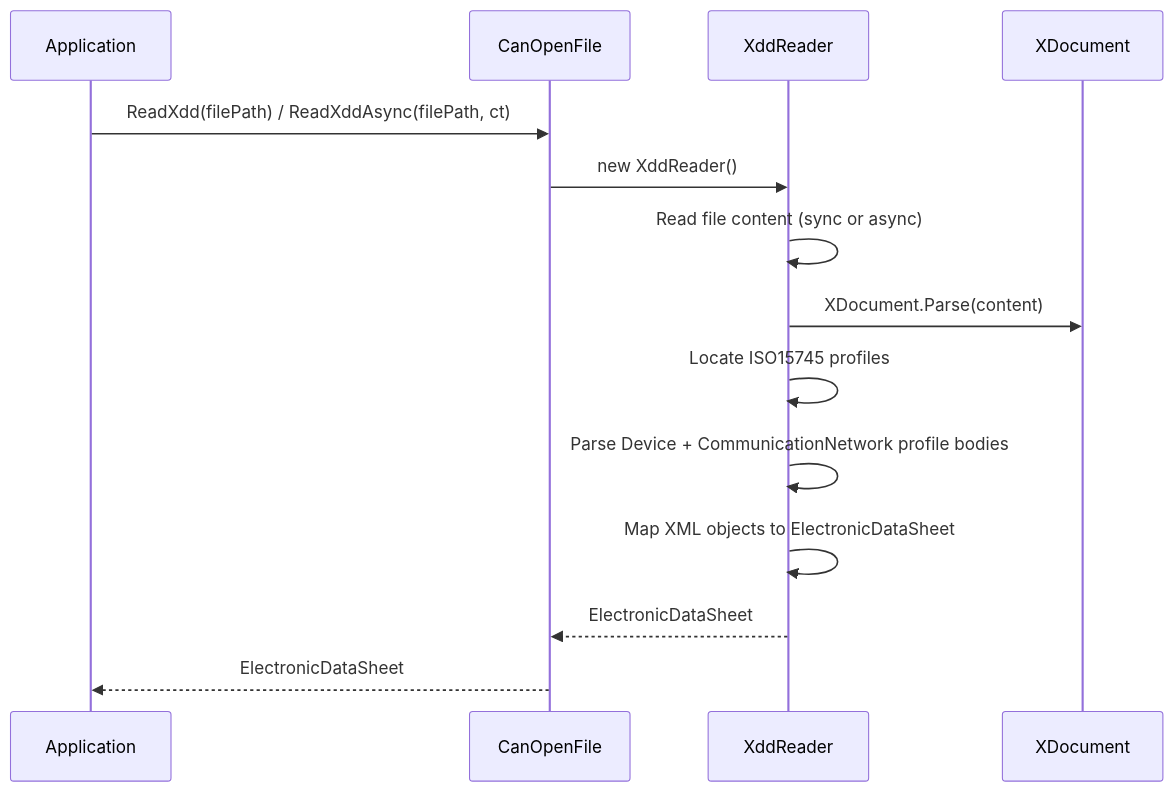
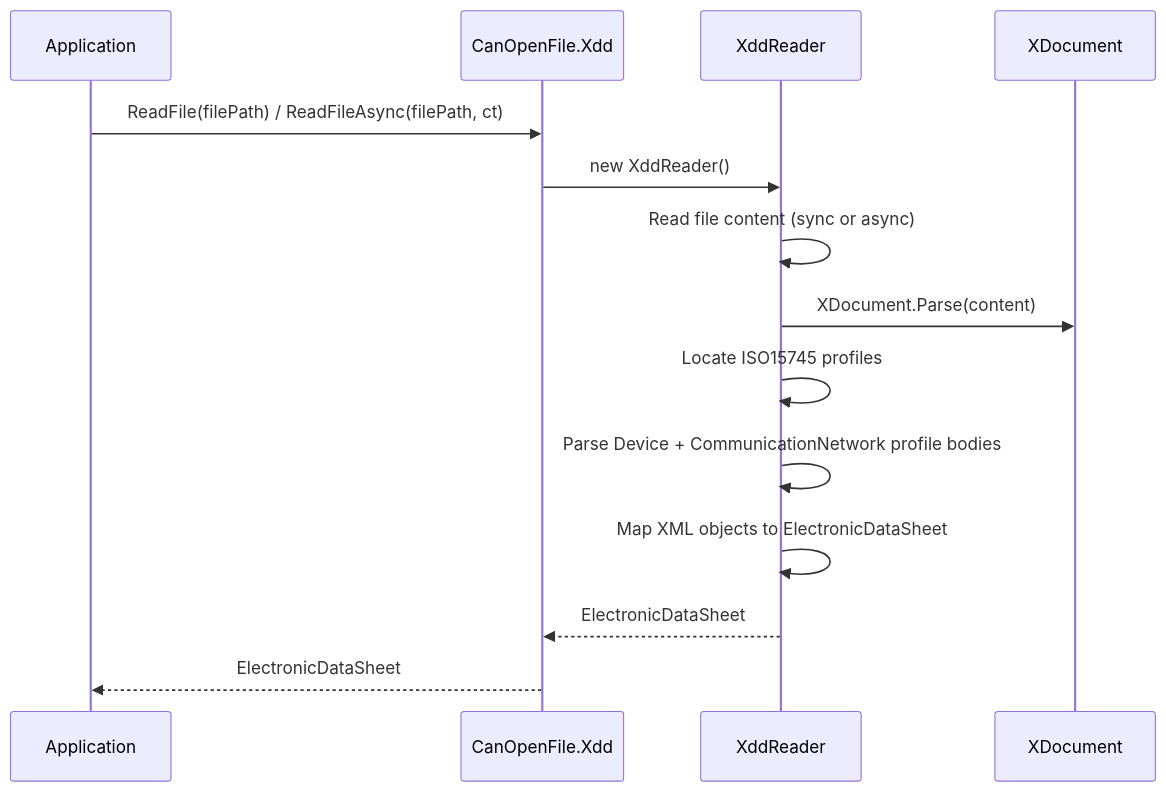
Before and after one commit to dborgards/eds-dcf-net: the seventh of 9 diagrams in docs/architecture/06-runtime-view.md, drawn with Mermaid. The commit also changed other lines of this file and 7 other files, not shown here.

First line of the commit message:
docs: align architecture docs, remarks, examples, README with 1.13 surface (#547)

````diff
--- a/docs/architecture/06-runtime-view.md
+++ b/docs/architecture/06-runtime-view.md
@@ -130,17 +168,17 @@
 ```mermaid
 sequenceDiagram
     participant App as Application
-    participant CF as CanOpenFile
+    participant CF as CanOpenFile.Xdd
     participant XR as XddReader
     participant XML as XDocument
 
-    App->>CF: ReadXdd(filePath) / ReadXddAsync(filePath, ct)
+    App->>CF: ReadFile(filePath) / ReadFileAsync(filePath, ct)
     CF->>XR: new XddReader()
     XR->>XR: Read file content (sync or async)
     XR->>XML: XDocument.Parse(content)
     XR->>XR: Locate ISO15745 profiles
     XR->>XR: Parse Device + CommunicationNetwork profile bodies
     XR->>XR: Map XML objects to ElectronicDataSheet
     XR-->>CF: ElectronicDataSheet
     CF-->>App: ElectronicDataSheet
 ```
````
